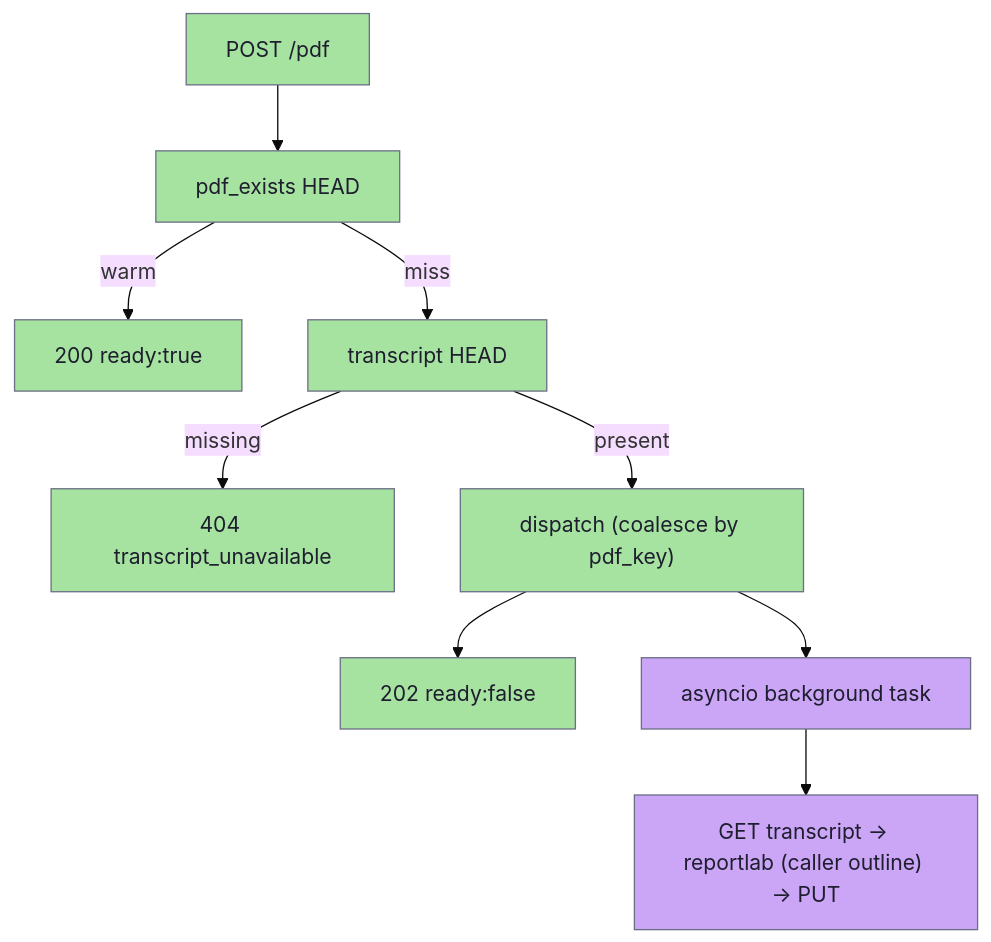
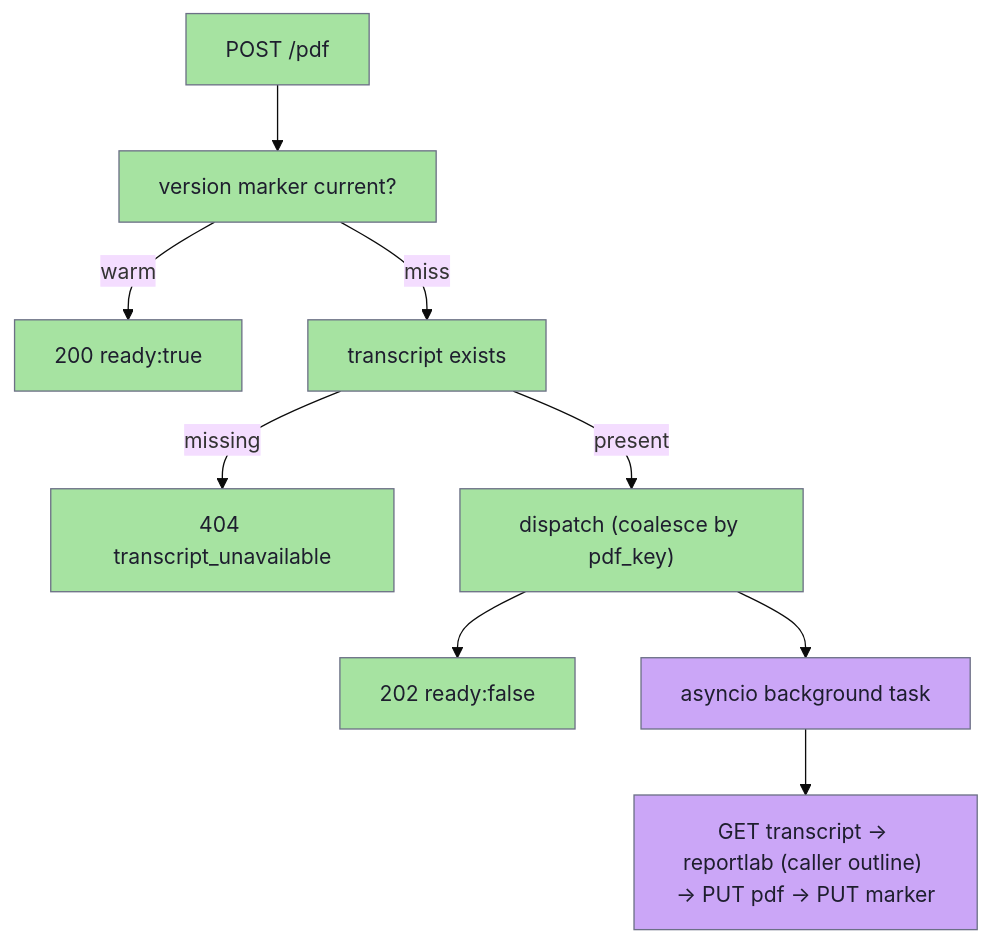
The second of 3 diagrams in docs/repos/shruti/modules/share-transcript.md (jiva-studio/shruti), drawn with Mermaid (base theme) before and after one commit. The commit also changed other lines of this file and 23 other files, not shown here.

````diff
--- a/docs/repos/shruti/modules/share-transcript.md
+++ b/docs/repos/shruti/modules/share-transcript.md
@@ -106,16 +109,16 @@
 ```mermaid
 graph TD
-    POST["POST /pdf"] --> WARM["pdf_exists HEAD"]
+    POST["POST /pdf"] --> WARM["version marker current?"]
     WARM -->|warm| R200["200 ready:true"]
-    WARM -->|miss| TXH["transcript HEAD"]
+    WARM -->|miss| TXH["transcript exists"]
     TXH -->|missing| R404["404 transcript_unavailable"]
     TXH -->|present| DISP["dispatch (coalesce by pdf_key)"]
     DISP --> R202["202 ready:false"]
     DISP --> WORK["asyncio background task"]
-    WORK --> REND["GET transcript → reportlab (caller outline) → PUT"]
+    WORK --> REND["GET transcript → reportlab (caller outline) → PUT pdf → PUT marker"]
 
     classDef sync fill:#a6e3a1,stroke:#6c7086,color:#1e1e2e;
     classDef async fill:#cba6f7,stroke:#6c7086,color:#1e1e2e;
     class POST,WARM,TXH,R200,R404,R202,DISP sync;
     class WORK,REND async;
 ```
````
